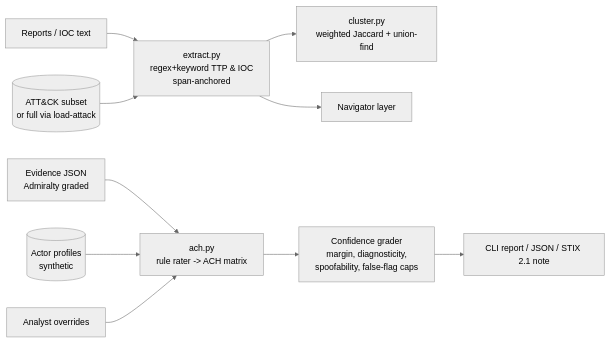
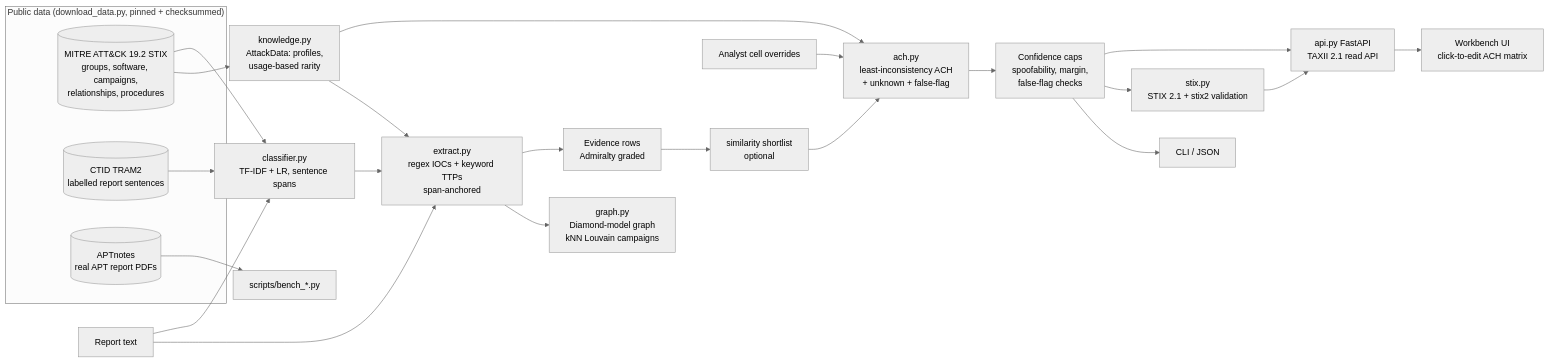
The diagram in README.md (rakshit-737/occam), drawn with Mermaid (neutral theme) before and after one commit. The commit also changed other lines of this file, not shown here.

Commit message:
docs(readme): rewrite with real-data results, datasets, reproducibility and limitations

````diff
--- a/README.md
+++ b/README.md
@@ -11,12 +30,28 @@
 ```mermaid
 flowchart LR
-  R[Reports / IOC text] --> EX[extract.py<br/>regex+keyword TTP & IOC<br/>span-anchored]
-  KB[(ATT&CK subset<br/>or full via load-attack)] --> EX
-  EX --> CL[cluster.py<br/>weighted Jaccard + union-find]
-  EX --> NAV[Navigator layer]
-  EV[Evidence JSON<br/>Admiralty graded] --> ACH[ach.py<br/>rule rater -> ACH matrix]
-  AP[(Actor profiles<br/>synthetic)] --> ACH
-  AN[Analyst overrides] --> ACH
-  ACH --> CONF[Confidence grader<br/>margin, diagnosticity,<br/>spoofability, false-flag caps]
-  CONF --> OUT[CLI report / JSON / STIX 2.1 note]
+  subgraph Data["Public data (download_data.py, pinned + checksummed)"]
+    ATT[(MITRE ATT&CK 19.2 STIX<br/>groups, software, campaigns,<br/>relationships, procedures)]
+    TRAM[(CTID TRAM2<br/>labelled report sentences)]
+    APT[(APTnotes<br/>real APT report PDFs)]
+  end
+  R[Report text] --> EX[extract.py<br/>regex IOCs + keyword TTPs<br/>span-anchored]
+  R --> CLF[classifier.py<br/>TF-IDF + LR, sentence spans]
+  ATT --> KN[knowledge.py<br/>AttackData: profiles,<br/>usage-based rarity]
+  ATT --> CLF
+  TRAM --> CLF
+  KN --> EX
+  CLF --> EX
+  EX --> G[graph.py<br/>Diamond-model graph<br/>kNN Louvain campaigns]
+  EX --> EV[Evidence rows<br/>Admiralty graded]
+  KN --> ACH
+  EV --> SL[similarity shortlist<br/>optional]
+  SL --> ACH[ach.py<br/>least-inconsistency ACH<br/>+ unknown + false-flag]
+  AN[Analyst cell overrides] --> ACH
+  ACH --> CONF[Confidence caps<br/>spoofability, margin,<br/>false-flag checks]
+  CONF --> OUT[CLI / JSON]
+  CONF --> STIX[stix.py<br/>STIX 2.1 + stix2 validation]
+  STIX --> API[api.py FastAPI<br/>TAXII 2.1 read API]
+  CONF --> API
+  API --> UI[Workbench UI<br/>click-to-edit ACH matrix]
+  APT --> BENCH[scripts/bench_*.py]
 ```
````
